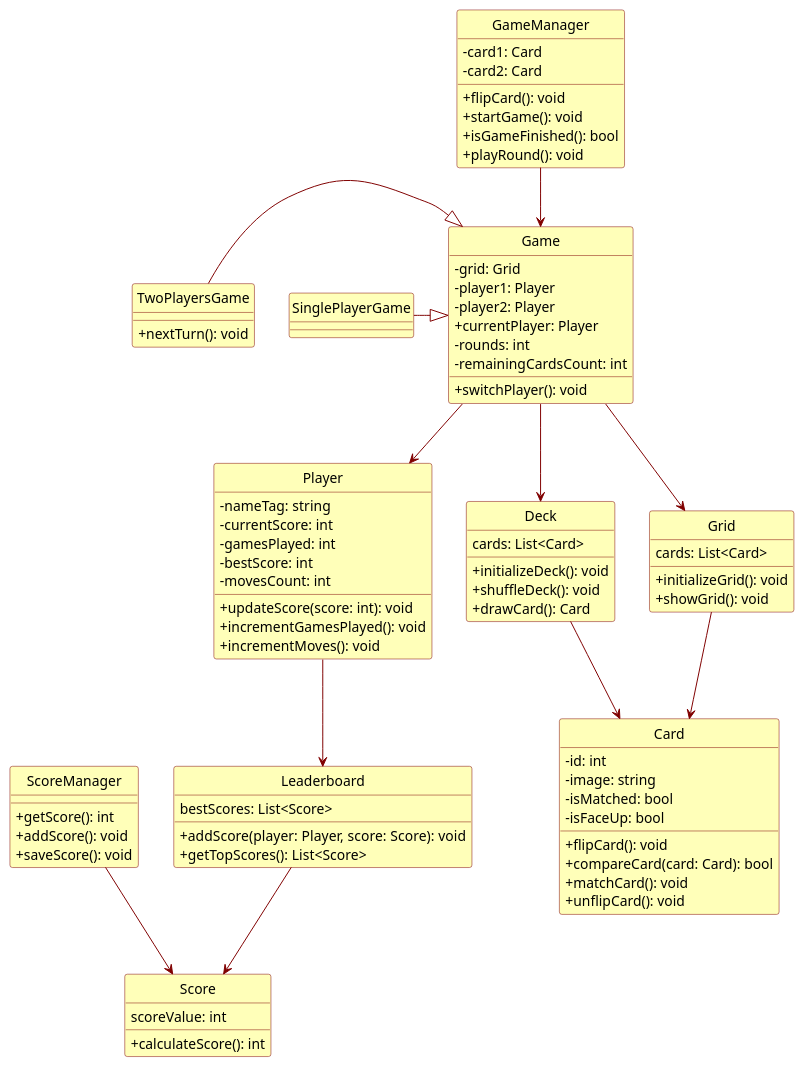
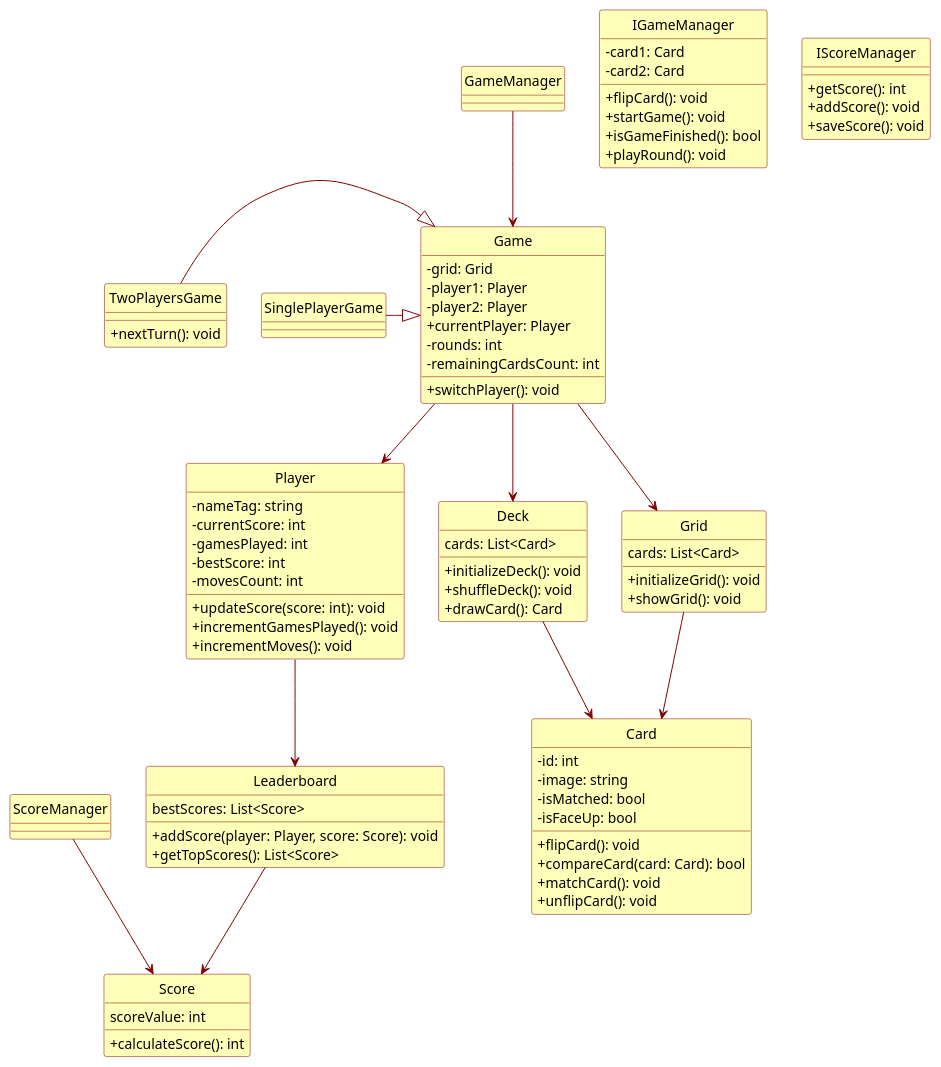
Before and after one commit to PosiTr0n505/Game-Memory: the diagram in src/Docs/Diagrammes/classes.md, drawn with PlantUML.

Commit message:
Mise à jour de 'src/Docs/Diagrammes/classes.md'

```diff
--- a/src/Docs/Diagrammes/classes.md
+++ b/src/Docs/Diagrammes/classes.md
@@ -58,7 +58,7 @@
 }
 
 ' Classe GameManager
-class GameManager {
+class IGameManager {
 
 - card1: Card
 - card2: Card
@@ -69,7 +69,7 @@
 }
 
 ' Classe ScoreManager
-class ScoreManager {
+class IScoreManager {
 
 + getScore(): int
 + addScore(): void
```
